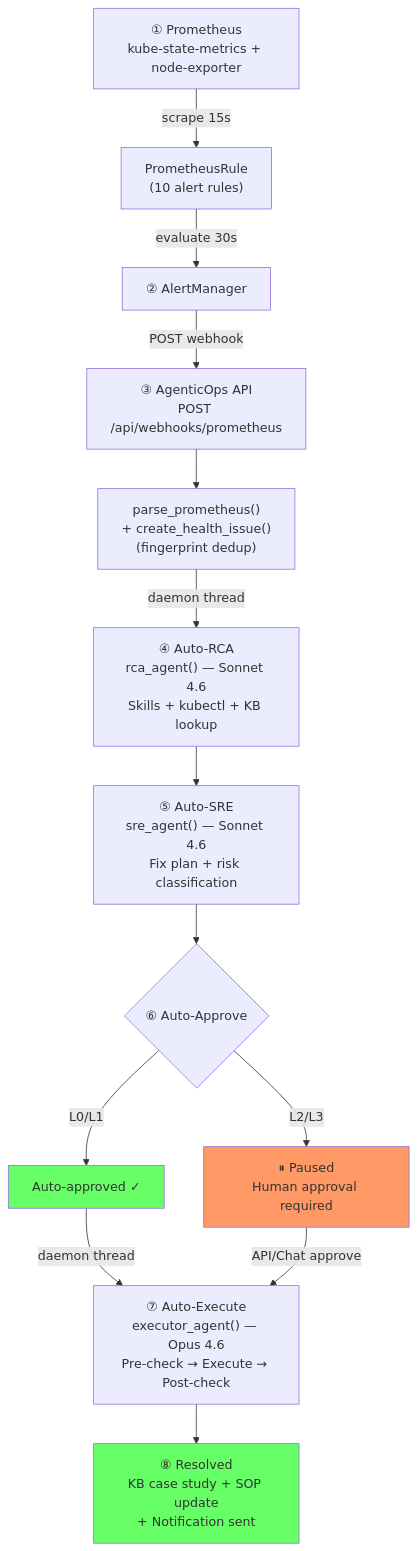
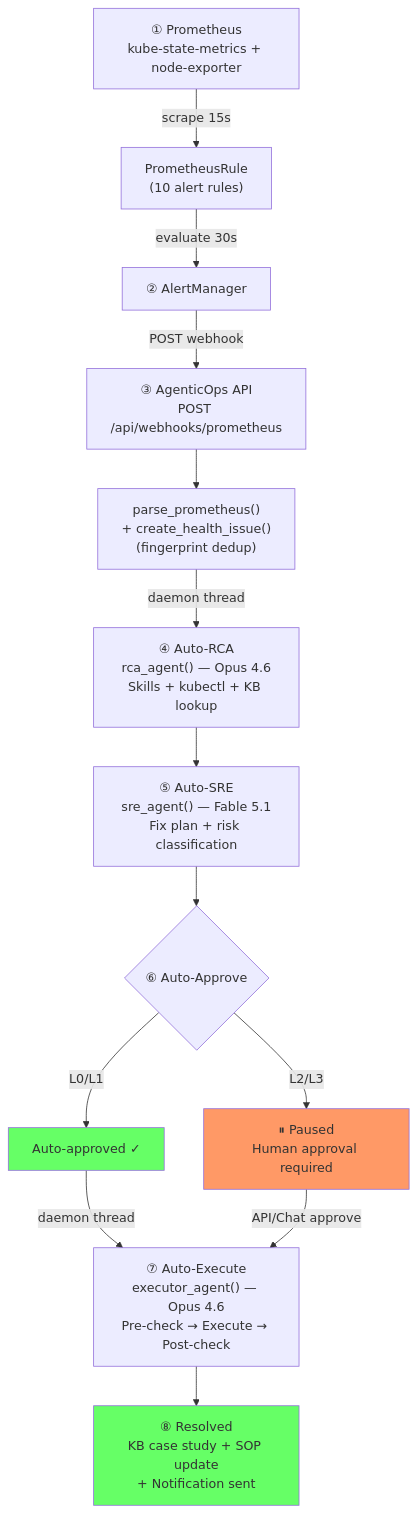
The eighth of 17 diagrams in docs/WORKFLOW.md (LiboMa/agenticops-chat), drawn with Mermaid before and after one commit. The commit also changed other lines of this file and 19 other files, not shown here.

````diff
--- a/docs/WORKFLOW.md
+++ b/docs/WORKFLOW.md
@@ -348,26 +348,26 @@
 ```mermaid
 flowchart TD
     PROM["① Prometheus<br/>kube-state-metrics + node-exporter"] -->|scrape 15s| RULES["PrometheusRule<br/>(10 alert rules)"]
     RULES -->|evaluate 30s| AM["② AlertManager"]
     AM -->|POST webhook| WH["③ AgenticOps API<br/>POST /api/webhooks/prometheus"]
 
     WH --> PARSE["parse_prometheus()<br/>+ create_health_issue()<br/>(fingerprint dedup)"]
 
-    PARSE -->|daemon thread| RCA["④ Auto-RCA<br/>rca_agent() — Sonnet 4.6<br/>Skills + kubectl + KB lookup"]
+    PARSE -->|daemon thread| RCA["④ Auto-RCA<br/>rca_agent() — Opus 4.6<br/>Skills + kubectl + KB lookup"]
 
-    RCA --> SRE["⑤ Auto-SRE<br/>sre_agent() — Sonnet 4.6<br/>Fix plan + risk classification"]
+    RCA --> SRE["⑤ Auto-SRE<br/>sre_agent() — Fable 5.1<br/>Fix plan + risk classification"]
 
     SRE --> APPROVE{"⑥ Auto-Approve"}
     APPROVE -->|L0/L1| AUTO["Auto-approved ✓"]
     APPROVE -->|L2/L3| HUMAN["⏸ Paused<br/>Human approval required"]
 
     AUTO -->|daemon thread| EXEC["⑦ Auto-Execute<br/>executor_agent() — Opus 4.6<br/>Pre-check → Execute → Post-check"]
 
     HUMAN -->|API/Chat approve| EXEC
 
     EXEC --> RESOLVE["⑧ Resolved<br/>KB case study + SOP update<br/>+ Notification sent"]
 
     style AUTO fill:#6f6
     style HUMAN fill:#f96
     style RESOLVE fill:#6f6
 ```
````
